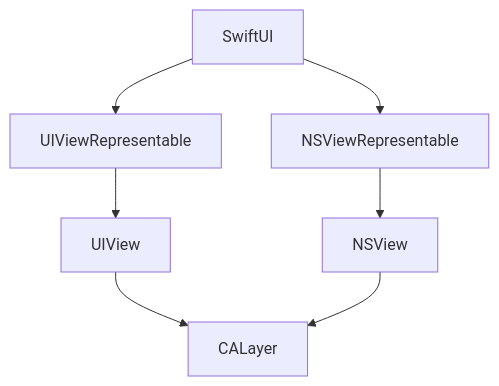
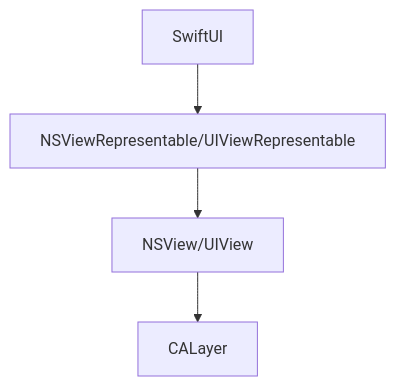
One commit to apexskier/camlittle.com changed the diagram in content/posts/2024-11-14-swiftui-core-animation/index.md. Above: the diagram before and after it, drawn with Mermaid. The commit also changed other lines of this file, not shown here.

````diff
--- a/content/posts/2024-11-14-swiftui-core-animation/index.md
+++ b/content/posts/2024-11-14-swiftui-core-animation/index.md
@@ -18,14 +18,9 @@
 ```mermaid
 flowchart TD
     SwiftUI
-    NSViewRepresentable
-    UIViewRepresentable
-    NSView
-    UIView
+    ViewRepresentable[NSViewRepresentable/UIViewRepresentable]
+    View[NSView/UIView]
     CALayer
 
-    SwiftUI --> NSViewRepresentable --> NSView
-    SwiftUI --> UIViewRepresentable --> UIView    
-    UIView --> CALayer
-    NSView --> CALayer
+    SwiftUI --> ViewRepresentable --> View --> CALayer
 ```
````
